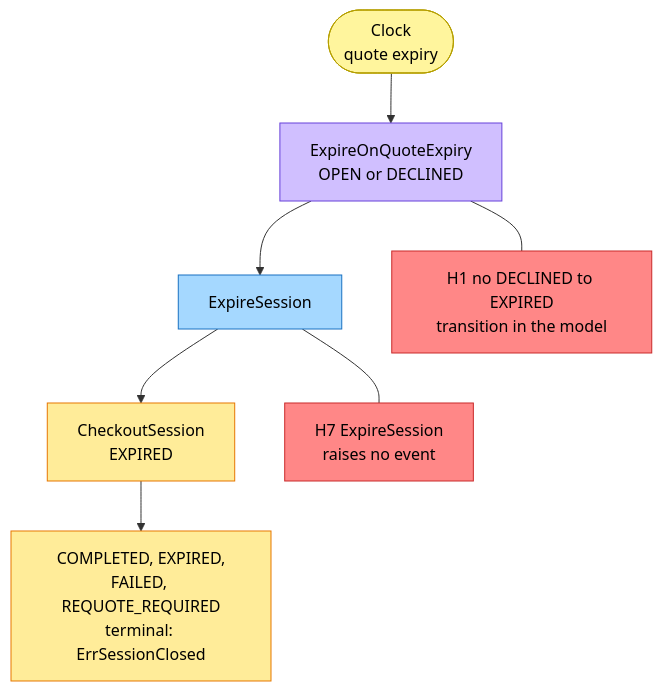
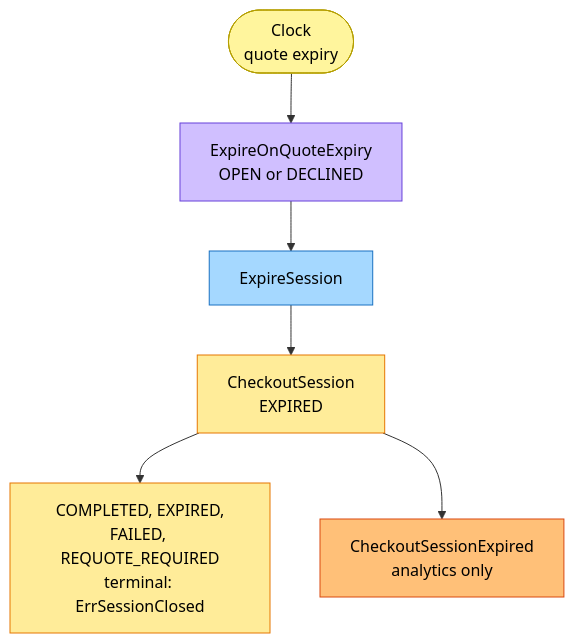
One commit to IQVO/warehouse-docs changed the sixth of 6 diagrams in storefront/docs/contexts/checkout/eventstorming.md. Above: the diagram before and after it, drawn with Mermaid. The commit also changed other lines of this file and 11 other files, not shown here.

Commit message:
docs(storefront): model-fix 6b/7 - checkout and customer-payments packs and OpenAPI revised (H1-H10, H1-H12)

````diff
--- a/storefront/docs/contexts/checkout/eventstorming.md
+++ b/storefront/docs/contexts/checkout/eventstorming.md
@@ -256,23 +282,21 @@
 ```mermaid
 flowchart TB
     T(["Clock<br/>quote expiry"]):::actor
     P1["ExpireOnQuoteExpiry<br/>OPEN or DECLINED"]:::policy
     C8["ExpireSession"]:::command
     G1["CheckoutSession<br/>EXPIRED"]:::aggregate
     G2["COMPLETED, EXPIRED,<br/>FAILED, REQUOTE_REQUIRED<br/>terminal: ErrSessionClosed"]:::aggregate
-    H1["H1 no DECLINED to EXPIRED<br/>transition in the model"]:::hotspot
-    H7["H7 ExpireSession<br/>raises no event"]:::hotspot
+    E6["CheckoutSessionExpired<br/>analytics only"]:::event
 
     T --> P1
     P1 --> C8
     C8 --> G1
     G1 --> G2
-    P1 --- H1
-    C8 --- H7
+    G1 --> E6
 
     classDef actor fill:#fff59d,stroke:#b59f00,color:#000
     classDef command fill:#a5d8ff,stroke:#1971c2,color:#000
     classDef aggregate fill:#ffec99,stroke:#e67700,color:#000
     classDef policy fill:#d0bfff,stroke:#6741d9,color:#000
-    classDef hotspot fill:#ff8787,stroke:#c92a2a,color:#000
+    classDef event fill:#ffc078,stroke:#d9480f,color:#000
 ```
````
